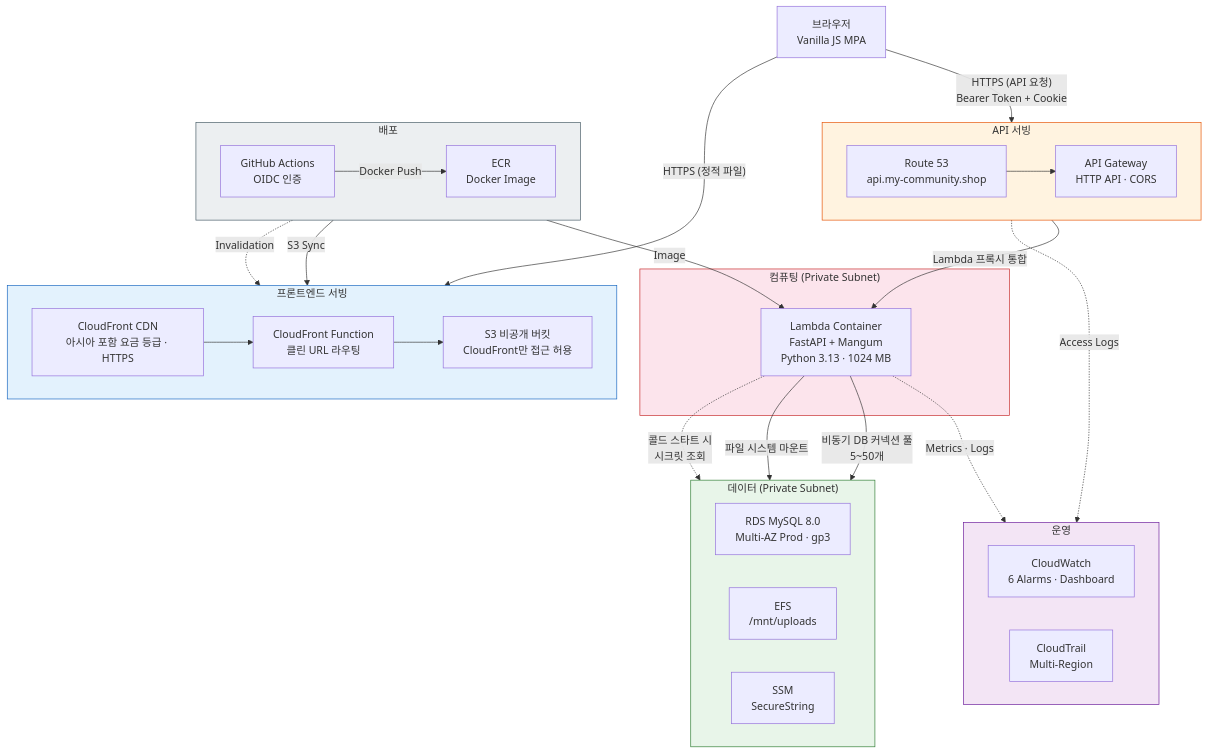
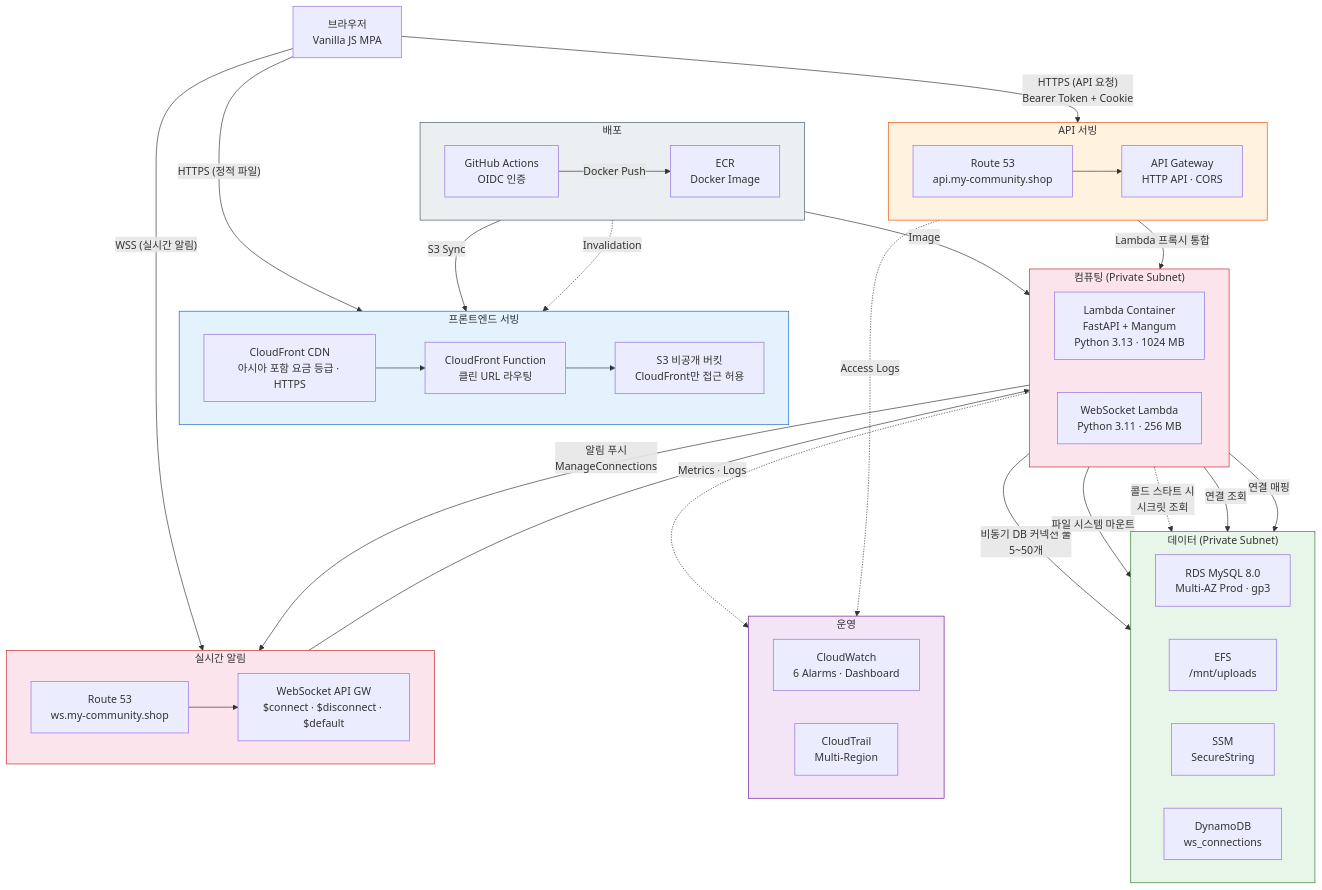
Before and after one commit to 80-hours-a-week/2-cho-community-be: the first of 18 diagrams in report.md, drawn with Mermaid. The commit also changed other lines of this file and 13 other files, not shown here.

First line of the commit message:
feat: add WebSocket realtime notification system (backend)

````diff
--- a/report.md
+++ b/report.md
@@ -65,64 +65,80 @@
 ```mermaid
 flowchart TD
     Browser["브라우저<br/>Vanilla JS MPA"]
 
     subgraph Frontend["프론트엔드 서빙"]
         direction LR
         CF["CloudFront CDN<br/>아시아 포함 요금 등급 · HTTPS"]
         CFF["CloudFront Function<br/>클린 URL 라우팅"]
         S3["S3 비공개 버킷<br/>CloudFront만 접근 허용"]
     end
 
     subgraph APILayer["API 서빙"]
         direction LR
         R53["Route 53<br/>api.my-community.shop"]
         APIGW["API Gateway<br/>HTTP API · CORS"]
     end
 
+    subgraph WSLayer["실시간 알림"]
+        direction LR
+        R53_WS["Route 53<br/>ws.my-community.shop"]
+        APIGW_WS["WebSocket API GW<br/>$connect · $disconnect · $default"]
+    end
+
     subgraph Compute["컴퓨팅 (Private Subnet)"]
+        direction LR
         Lambda["Lambda Container<br/>FastAPI + Mangum<br/>Python 3.13 · 1024 MB"]
+        Lambda_WS["WebSocket Lambda<br/>Python 3.11 · 256 MB"]
     end
 
     subgraph Data["데이터 (Private Subnet)"]
         direction LR
         RDS["RDS MySQL 8.0<br/>Multi-AZ Prod · gp3"]
         EFS["EFS<br/>/mnt/uploads"]
         SSM["SSM<br/>SecureString"]
+        DDB["DynamoDB<br/>ws_connections"]
     end
 
     subgraph Ops["운영"]
         direction LR
         CW["CloudWatch<br/>6 Alarms · Dashboard"]
         CT["CloudTrail<br/>Multi-Region"]
     end
 
     subgraph Deploy["배포"]
         direction LR
         GHA["GitHub Actions<br/>OIDC 인증"]
         ECR["ECR<br/>Docker Image"]
     end
 
     Browser -- "HTTPS (정적 파일)" --> CF
     CF --> CFF --> S3
 
     Browser -- "HTTPS (API 요청)<br/>Bearer Token + Cookie" --> R53
     R53 --> APIGW -- "Lambda 프록시 통합" --> Lambda
 
+    Browser -- "WSS (실시간 알림)" --> R53_WS
+    R53_WS --> APIGW_WS --> Lambda_WS
+
     Lambda -- "비동기 DB 커넥션 풀<br/>5~50개" --> RDS
     Lambda -- "파일 시스템 마운트" --> EFS
     Lambda -. "콜드 스타트 시<br/>시크릿 조회" .-> SSM
+    Lambda -- "알림 푸시<br/>ManageConnections" --> APIGW_WS
+    Lambda -- "연결 조회" --> DDB
+    Lambda_WS -- "연결 매핑" --> DDB
 
     Lambda -. "Metrics · Logs" .-> CW
     APIGW -. "Access Logs" .-> CW
 
     GHA -- "Docker Push" --> ECR -- "Image" --> Lambda
     GHA -- "S3 Sync" --> S3
     GHA -. "Invalidation" .-> CF
 
+    style WSLayer fill:#fce4ec,stroke:#c62828
     style Frontend fill:#e3f2fd,stroke:#1565c0
     style APILayer fill:#fff3e0,stroke:#e65100
     style Compute fill:#fce4ec,stroke:#c62828
     style Data fill:#e8f5e9,stroke:#2e7d32
     style Ops fill:#f3e5f5,stroke:#6a1b9a
     style Deploy fill:#eceff1,stroke:#455a64
 ```
````
